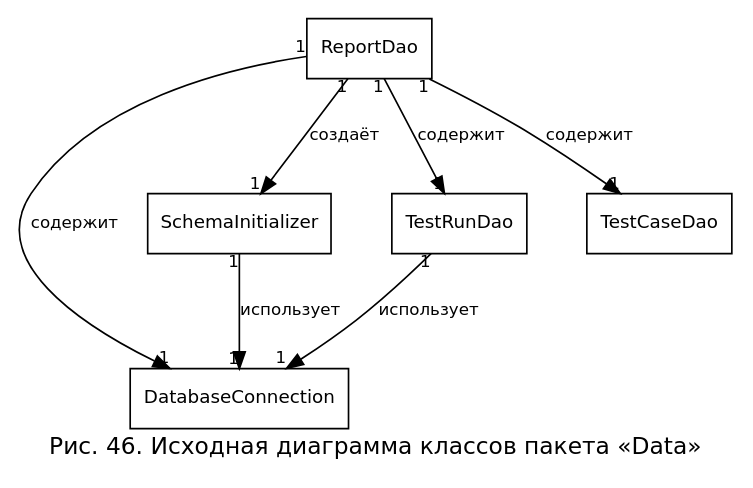
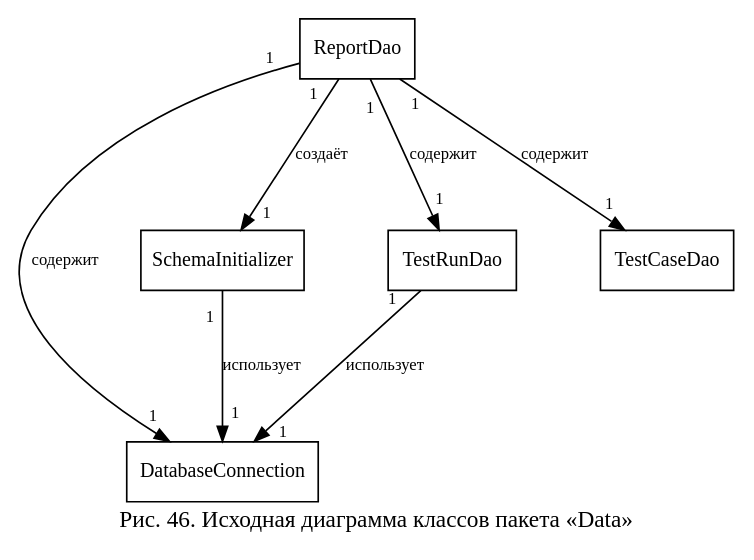
The diagram in diagrams/cls_data_initial.dot (nastolbov/AutoTestGeneratorUpdate), drawn with Graphviz before and after one commit. The commit also changed 47 other files, not shown here.

First line of the commit message:
diagrams: Liberation Serif (как Times New Roman), фикс множественности

```diff
--- a/diagrams/cls_data_initial.dot
+++ b/diagrams/cls_data_initial.dot
@@ -1,20 +1,20 @@
 digraph DII {
-    rankdir=TB; fontname="DejaVu Sans"; fontsize=14;
+    rankdir=TB; fontname="Liberation Serif"; fontsize=14;
     label="Рис. 46. Исходная диаграмма классов пакета «Data»"; labelloc=b;
-    nodesep=0.5; ranksep=0.8;
-    node [fontname="DejaVu Sans", fontsize=11, shape=box, style=filled, fillcolor=white];
-    edge [color=black, fontname="DejaVu Sans", fontsize=10];
+    nodesep=0.7; ranksep=1.1;
+    node [fontname="Liberation Serif", fontsize=12, shape=box, style=filled, fillcolor=white];
+    edge [color=black, fontname="Liberation Serif", fontsize=10, labeldistance=1.8, arrowsize=0.9];
 
     RD  [label="ReportDao"];
     DC  [label="DatabaseConnection"];
     SI  [label="SchemaInitializer"];
     TRD [label="TestRunDao"];
     TCD [label="TestCaseDao"];
 
     RD -> DC  [label="содержит", taillabel="1", headlabel="1"];
     RD -> TRD [label="содержит", taillabel="1", headlabel="1"];
     RD -> TCD [label="содержит", taillabel="1", headlabel="1"];
     RD -> SI  [label="создаёт",  taillabel="1", headlabel="1"];
     TRD -> DC [label="использует", taillabel="1", headlabel="1"];
     SI  -> DC [label="использует", taillabel="1", headlabel="1"];
 }
```
